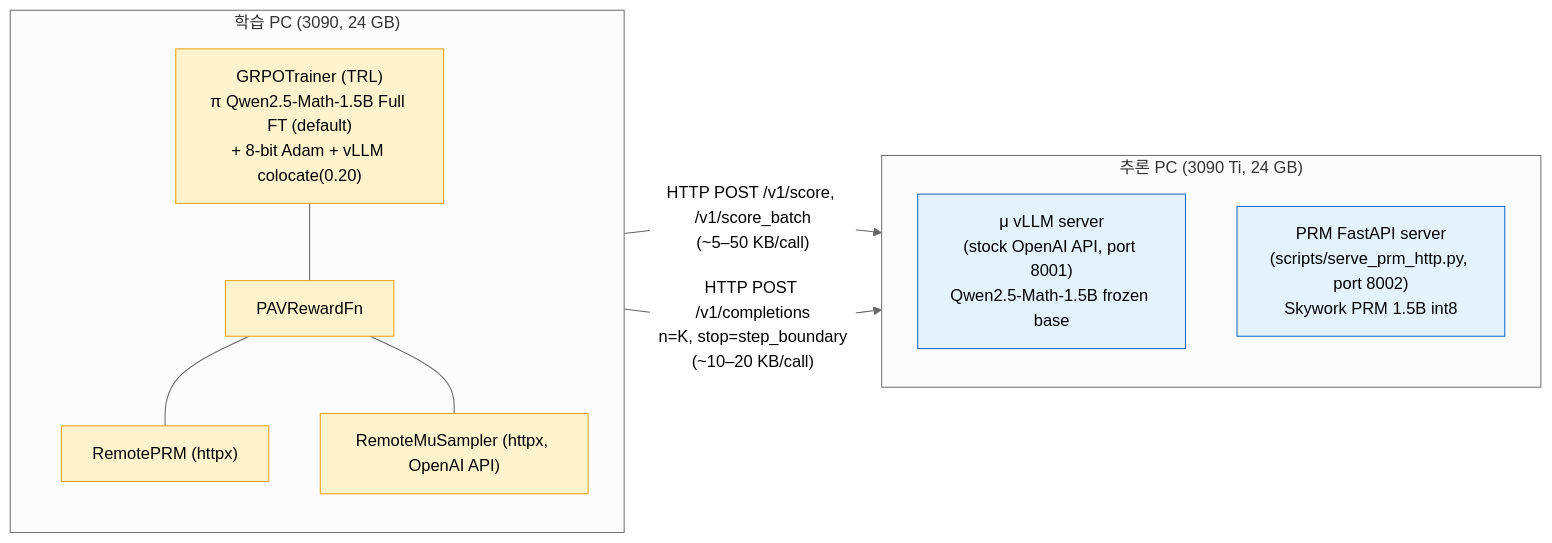
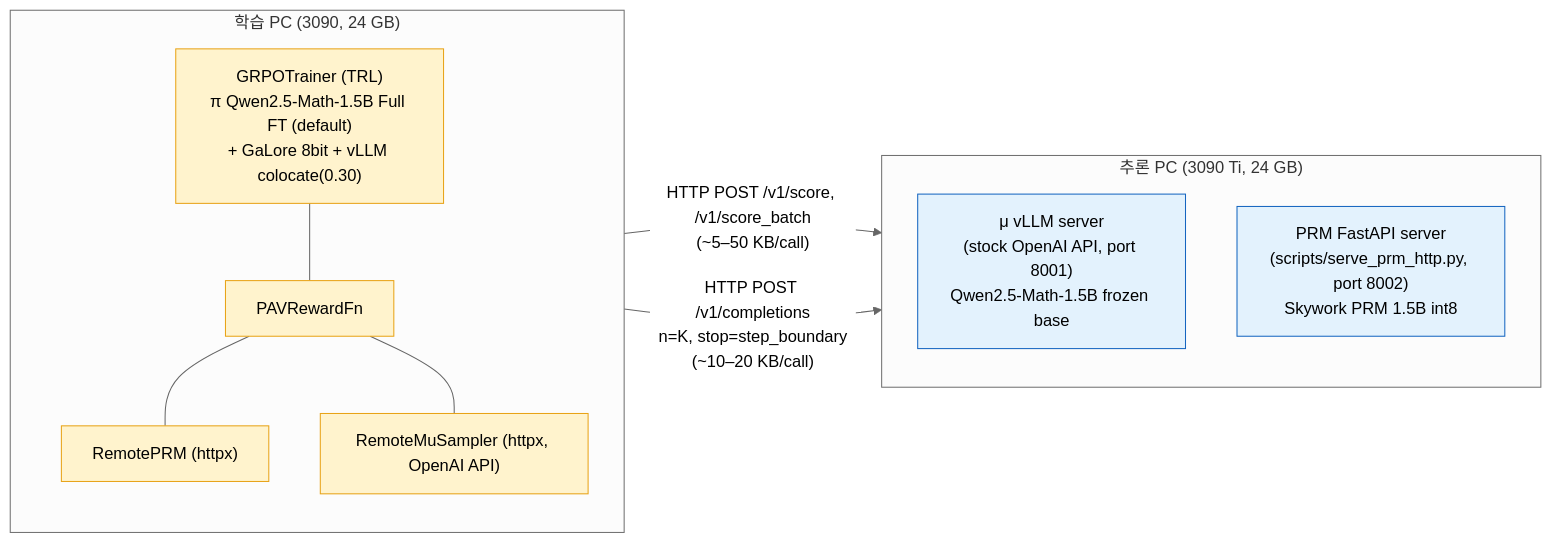
The second of 6 diagrams in PAV/docs/TRAINING_FLOW.md (LeeSongHeon-LSH/DRL-TERM_PROJECT), drawn with Mermaid (neutral theme) before and after one commit. The commit also changed other lines of this file and 5 other files, not shown here.

````diff
--- a/PAV/docs/TRAINING_FLOW.md
+++ b/PAV/docs/TRAINING_FLOW.md
@@ -52,27 +52,27 @@
 ```mermaid
 flowchart LR
     subgraph TrainPC["학습 PC (3090, 24 GB)"]
         direction TB
-        TRAIN["GRPOTrainer (TRL)<br>π Qwen2.5-Math-1.5B Full FT (default)<br>+ 8-bit Adam + vLLM colocate(0.20)"]
+        TRAIN["GRPOTrainer (TRL)<br>π Qwen2.5-Math-1.5B Full FT (default)<br>+ GaLore 8bit + vLLM colocate(0.30)"]
         REWARD["PAVRewardFn"]
         RPRM["RemotePRM (httpx)"]
         RMU["RemoteMuSampler (httpx, OpenAI API)"]
         TRAIN --- REWARD
         REWARD --- RPRM
         REWARD --- RMU
     end
 
     subgraph InfPC["추론 PC (3090 Ti, 24 GB)"]
         direction TB
         MUS["μ vLLM server<br>(stock OpenAI API, port 8001)<br>Qwen2.5-Math-1.5B frozen base"]
         PRMS["PRM FastAPI server<br>(scripts/serve_prm_http.py, port 8002)<br>Skywork PRM 1.5B int8"]
     end
 
     RPRM -- "HTTP POST /v1/score, /v1/score_batch<br>(~5–50 KB/call)" --> PRMS
     RMU  -- "HTTP POST /v1/completions<br>n=K, stop=step_boundary<br>(~10–20 KB/call)" --> MUS
 
     classDef main fill:#fff3cd,stroke:#e8a317
     classDef remote fill:#e3f2fd,stroke:#1565c0
     class TRAIN,REWARD,RPRM,RMU main
     class MUS,PRMS remote
 ```
````
